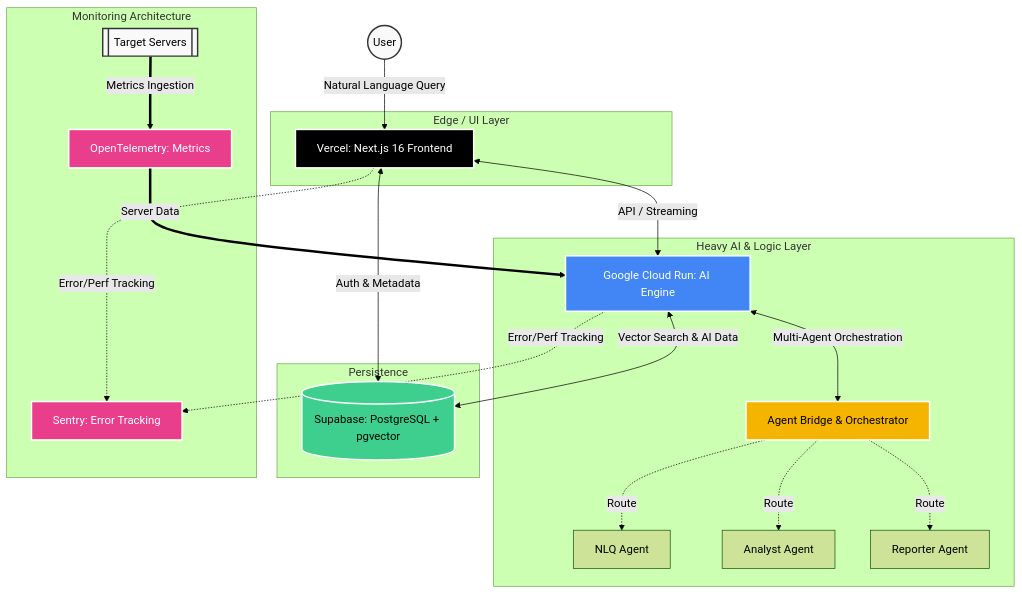
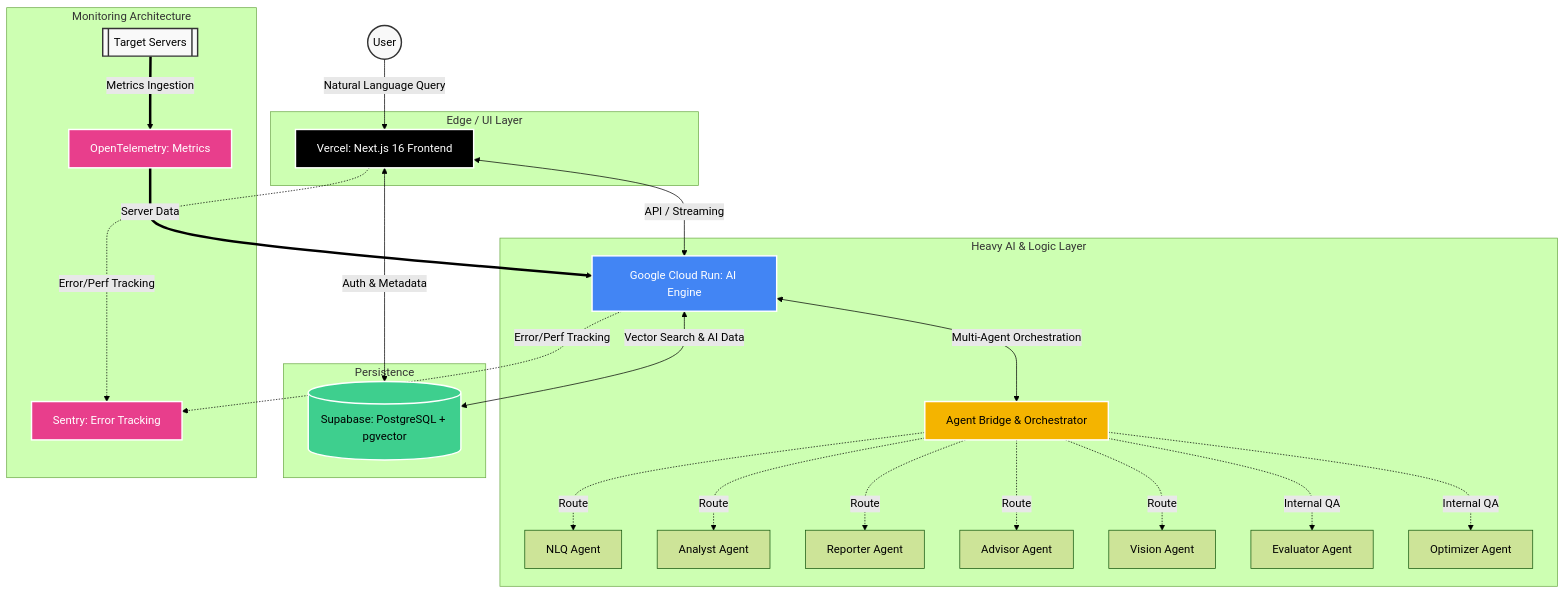
The second of 2 diagrams in README.md (skyasu2/openmanager-ai), drawn with Mermaid (forest theme) before and after one commit. The commit also changed other lines of this file and 6 other files, not shown here.

First line of the commit message:
docs: sync architecture diagrams with current codebase (7 agents, 28 routes)

````diff
--- a/README.md
+++ b/README.md
@@ -115,48 +121,52 @@
 ```mermaid
 graph TD
     %% 스타일 정의
     classDef client fill:#f9f9f9,stroke:#333,stroke-width:2px,color:#000
     classDef frontend fill:#000,stroke:#fff,stroke-width:2px,color:#fff
     classDef backend fill:#4285F4,stroke:#fff,stroke-width:2px,color:#fff
     classDef database fill:#3ECF8E,stroke:#fff,stroke-width:2px,color:#000
     classDef agents fill:#F4B400,stroke:#fff,stroke-width:2px,color:#000
     classDef monitoring fill:#e83e8c,stroke:#fff,stroke-width:2px,color:#fff
 
     User((User)):::client -->|Natural Language Query| Vercel
 
     subgraph Frontend [Edge / UI Layer]
         Vercel[Vercel: Next.js 16 Frontend]:::frontend
     end
 
     subgraph Backend [Heavy AI & Logic Layer]
         CR[Google Cloud Run: AI Engine]:::backend
         AB[Agent Bridge & Orchestrator]:::agents
         
         Vercel <-->|"API / Streaming"| CR
         CR <-->|Multi-Agent Orchestration| AB
 
         AB -.->|Route| AgentNLQ["NLQ Agent"]
         AB -.->|Route| AgentAnalyst["Analyst Agent"]
         AB -.->|Route| AgentReporter["Reporter Agent"]
+        AB -.->|Route| AgentAdvisor["Advisor Agent"]
+        AB -.->|Route| AgentVision["Vision Agent"]
+        AB -.->|Internal QA| AgentEvaluator["Evaluator Agent"]
+        AB -.->|Internal QA| AgentOptimizer["Optimizer Agent"]
     end
 
     subgraph Data Layer [Persistence]
         Supabase[("Supabase: PostgreSQL + pgvector")]:::database
         Vercel <-->|Auth & Metadata| Supabase
         CR <-->|Vector Search & AI Data| Supabase
     end
 
     subgraph Observability [Monitoring Architecture]
         Sentry["Sentry: Error Tracking"]:::monitoring
         OTel["OpenTelemetry: Metrics"]:::monitoring
         TargetServers[["Target Servers"]]:::client
 
         %% Sentry는 시스템 자체를 모니터링
         Vercel -.->|Error/Perf Tracking| Sentry
         CR -.->|Error/Perf Tracking| Sentry
 
         %% OTel은 프로덕트의 핵심 수집기
         TargetServers ==>|Metrics Ingestion| OTel
         OTel ==>|Server Data| CR
     end
 ```
````
